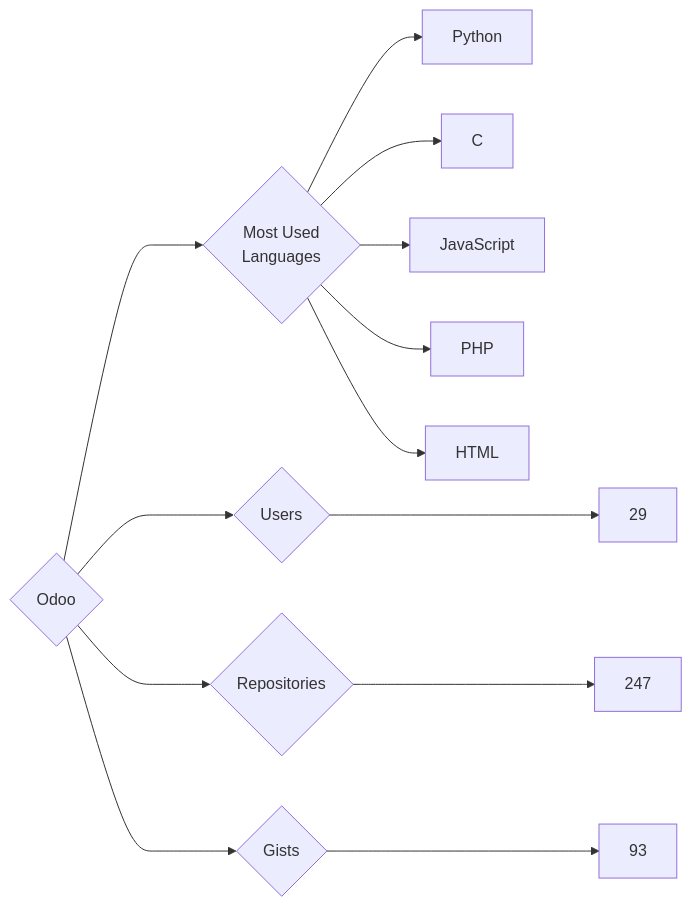
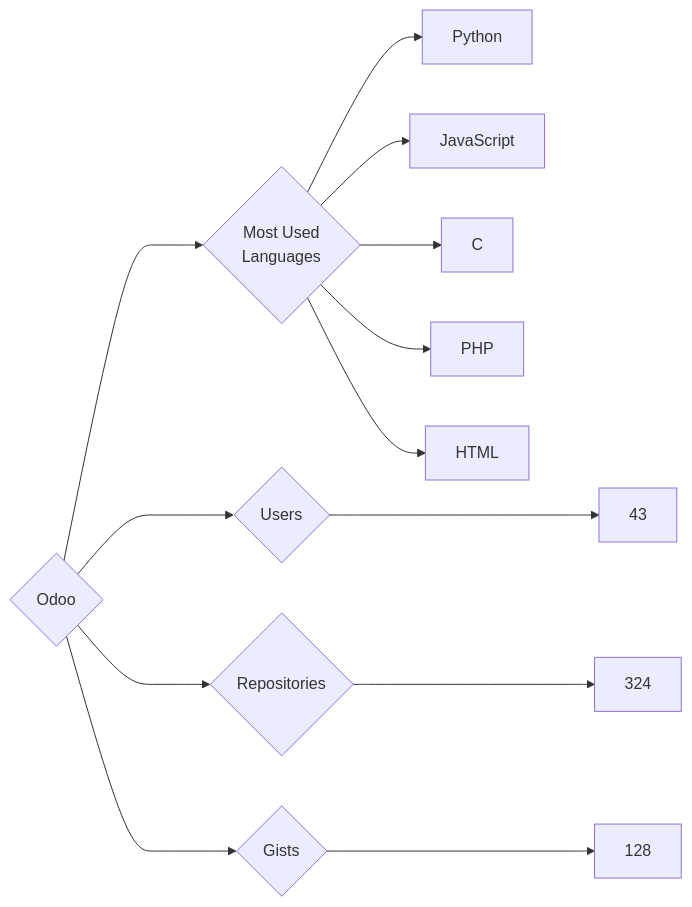
The diagram in targets/Odoo/README.md (trickest/insiders), drawn with Mermaid before and after one commit. The commit also changed 1011 other files, not shown here.

````diff
--- a/targets/Odoo/README.md
+++ b/targets/Odoo/README.md
@@ -3,13 +3,13 @@
 ```mermaid
 graph LR
 COMPANY_NAME{Odoo}
-COMPANY_NAME ---> U{Users} ---> UN[29]
-COMPANY_NAME ---> R{Repositories} ---> RN[247]
-COMPANY_NAME ---> G{Gists} ---> GN[93]
+COMPANY_NAME ---> U{Users} ---> UN[43]
+COMPANY_NAME ---> R{Repositories} ---> RN[324]
+COMPANY_NAME ---> G{Gists} ---> GN[128]
 COMPANY_NAME ---> ML{Most Used<br>Languages}
 ML --> Python[Python]
+ML --> JavaScript[JavaScript]
 ML --> C[C]
-ML --> JavaScript[JavaScript]
 ML --> PHP[PHP]
 ML --> HTML[HTML]
 ```
````
